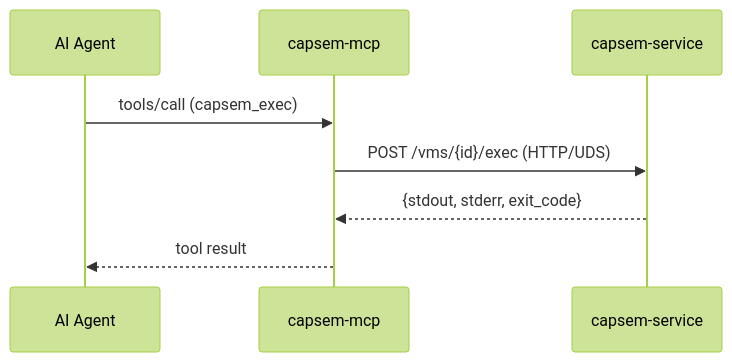
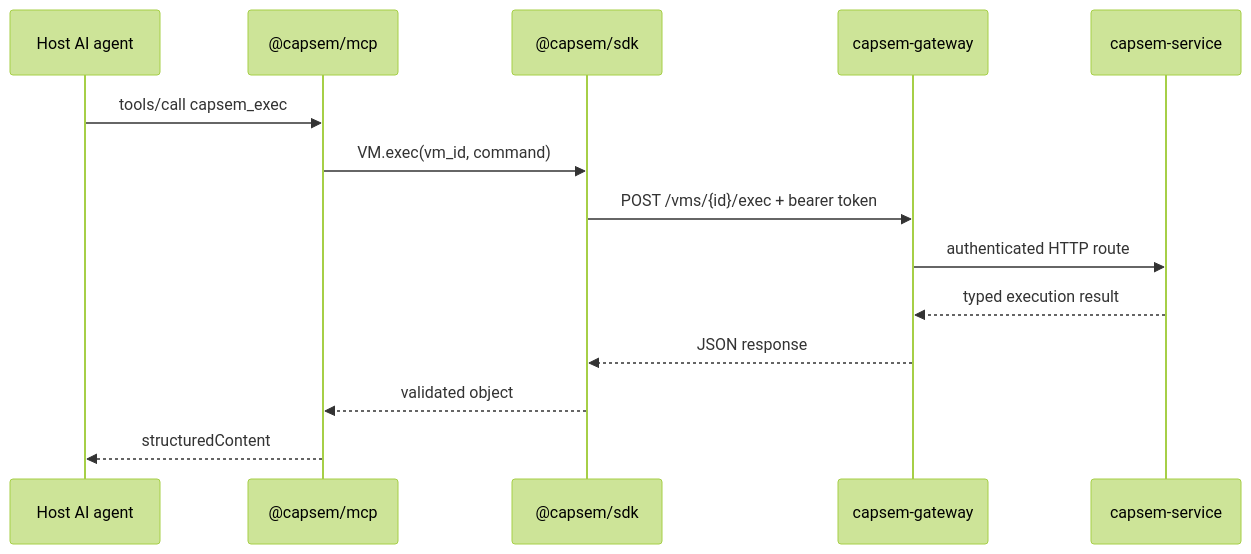
Before and after one commit to google/capsem: the second of 4 diagrams in web/docs/src/content/docs/architecture/mcp-gateway.md, drawn with Mermaid (forest theme). The commit also changed other lines of this file and 20 other files, not shown here.

Commit message:
docs(mcp): document npm gateway workflow

````diff
--- a/web/docs/src/content/docs/architecture/mcp-gateway.md
+++ b/web/docs/src/content/docs/architecture/mcp-gateway.md
@@ -50,11 +41,17 @@
 ```mermaid
 sequenceDiagram
-    participant Agent as AI Agent
-    participant MCP as capsem-mcp
-    participant Svc as capsem-service
+    participant Agent as Host AI agent
+    participant MCP as @capsem/mcp
+    participant SDK as @capsem/sdk
+    participant Gateway as capsem-gateway
+    participant Service as capsem-service
 
-    Agent->>MCP: tools/call (capsem_exec)
-    MCP->>Svc: POST /vms/{id}/exec (HTTP/UDS)
-    Svc-->>MCP: {stdout, stderr, exit_code}
-    MCP-->>Agent: tool result
+    Agent->>MCP: tools/call capsem_exec
+    MCP->>SDK: VM.exec(vm_id, command)
+    SDK->>Gateway: POST /vms/{id}/exec + bearer token
+    Gateway->>Service: authenticated HTTP route
+    Service-->>Gateway: typed execution result
+    Gateway-->>SDK: JSON response
+    SDK-->>MCP: validated object
+    MCP-->>Agent: structuredContent
 ```
````
